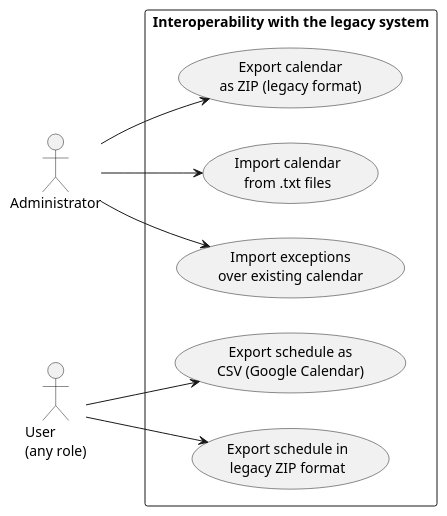
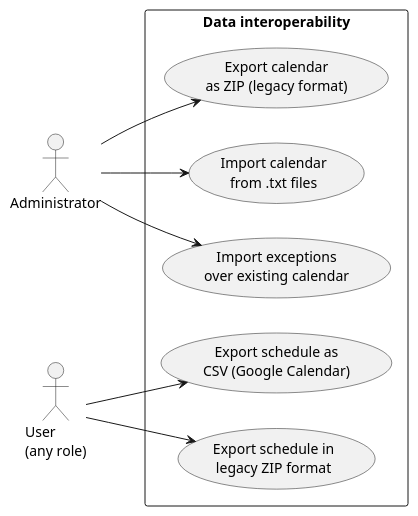
One commit to Murias10/TeachingPlanner changed the sixth of 6 diagrams in docs/capitulo4_system_requirements.md. Above: the diagram before and after it, drawn with PlantUML. The commit also changed other lines of this file and 3 other files, not shown here.

````diff
--- a/docs/capitulo4_system_requirements.md
+++ b/docs/capitulo4_system_requirements.md
@@ -947,23 +947,23 @@
 ```plantuml
 @startuml
 left to right direction
 skinparam packageStyle rectangle
 
 actor "Administrator" as Admin
 actor "User\n(any role)" as Any
 
-rectangle "Interoperability with the legacy system" {
+rectangle "Data interoperability" {
   usecase "Export calendar\nas ZIP (legacy format)" as CU20
   usecase "Import calendar\nfrom .txt files" as CU21
   usecase "Import exceptions\nover existing calendar" as CU21b
   usecase "Export schedule as\nCSV (Google Calendar)" as CU20b
   usecase "Export schedule in\nlegacy ZIP format" as CU20c
 }
 
 Admin --> CU20
 Admin --> CU21
 Admin --> CU21b
 Any --> CU20b
 Any --> CU20c
 @enduml
 ```
````
